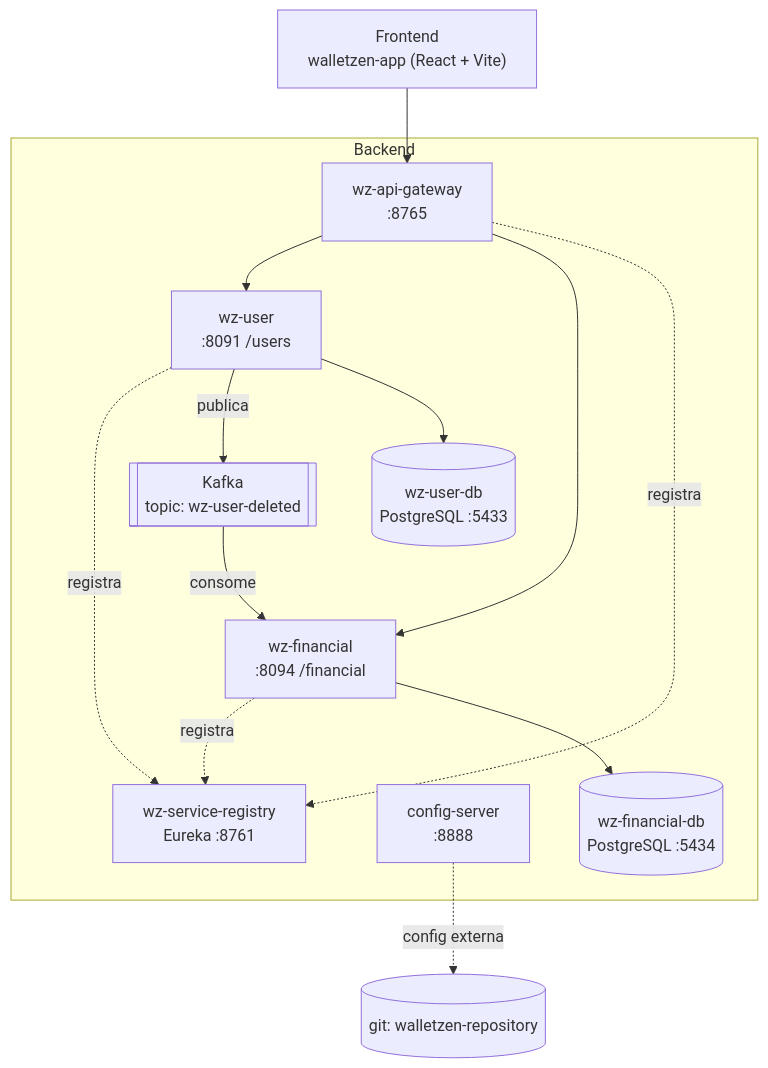
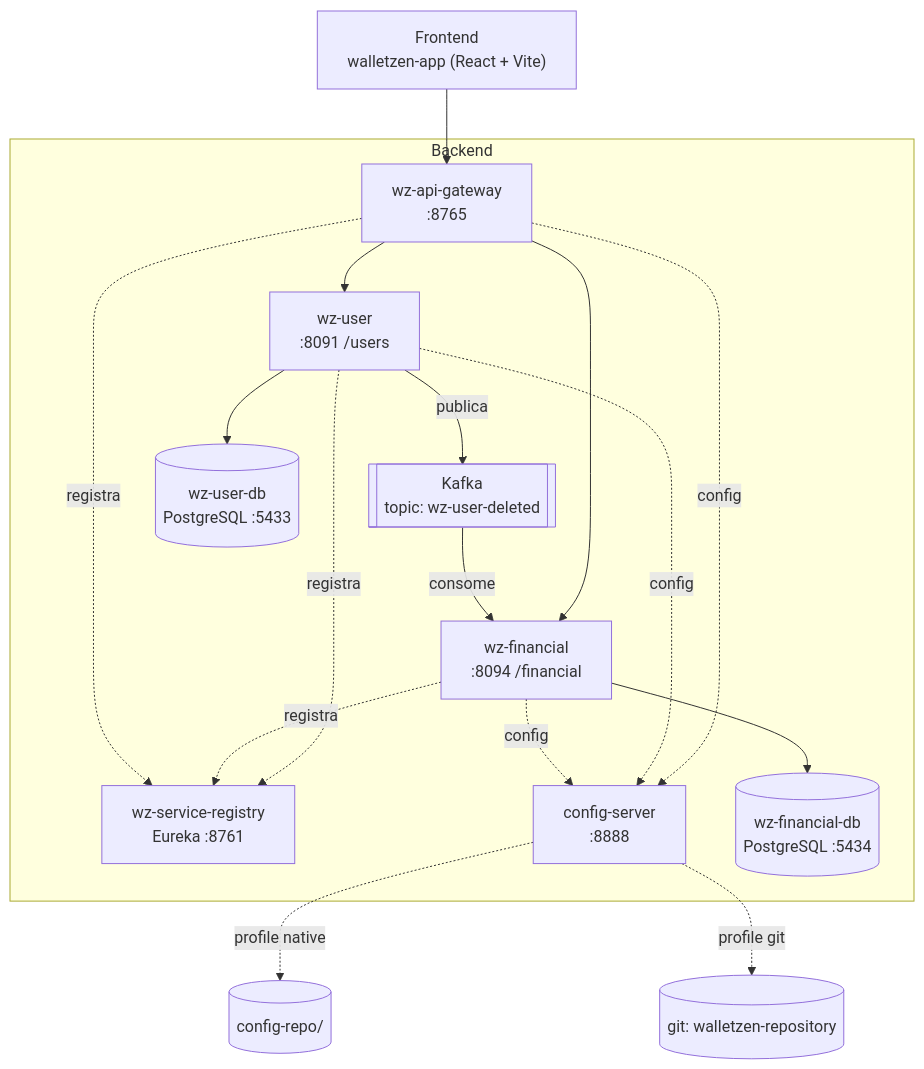
The diagram in README.md (Ismadrade/walletzen), drawn with Mermaid before and after one commit. The commit also changed other lines of this file and 16 other files, not shown here.

````diff
--- a/README.md
+++ b/README.md
@@ -36,27 +36,31 @@
 ```mermaid
 flowchart TD
     FE["Frontend<br/>walletzen-app (React + Vite)"] --> GW
 
     subgraph Backend
         GW["wz-api-gateway<br/>:8765"]
         REG["wz-service-registry<br/>Eureka :8761"]
         CFG["config-server<br/>:8888"]
         USER["wz-user<br/>:8091 /users"]
         FIN["wz-financial<br/>:8094 /financial"]
         K[["Kafka<br/>topic: wz-user-deleted"]]
         UDB[("wz-user-db<br/>PostgreSQL :5433")]
         FDB[("wz-financial-db<br/>PostgreSQL :5434")]
 
         GW --> USER
         GW --> FIN
         USER -. registra .-> REG
         FIN -. registra .-> REG
         GW -. registra .-> REG
+        GW -. config .-> CFG
+        USER -. config .-> CFG
+        FIN -. config .-> CFG
         USER -- publica --> K
         K -- consome --> FIN
         USER --> UDB
         FIN --> FDB
     end
 
-    CFG -. config externa .-> REPO[("git: walletzen-repository")]
+    CFG -. "profile native" .-> LOCAL[("config-repo/")]
+    CFG -. "profile git" .-> REPO[("git: walletzen-repository")]
 ```
````
